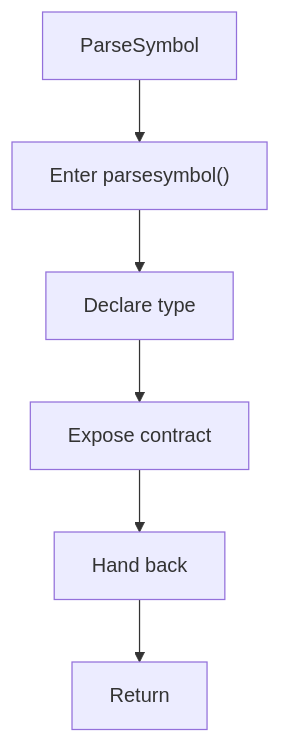
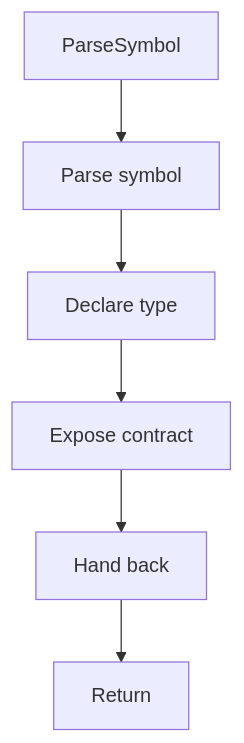
The diagram in docs/Codebase/Microservice/Modules/Header/SyntacticBrokenAST/Analysis/ImplementationUse/Binding/Symbols/Flow/functions/parsesymbol.hpp.md (JohnAndrewBalbarosa/NeoTerritory), drawn with Mermaid before and after one commit. The commit also changed other lines of this file and 925 other files, not shown here.

````diff
--- a/docs/Codebase/Microservice/Modules/Header/SyntacticBrokenAST/Analysis/ImplementationUse/Binding/Symbols/Flow/functions/parsesymbol.hpp.md
+++ b/docs/Codebase/Microservice/Modules/Header/SyntacticBrokenAST/Analysis/ImplementationUse/Binding/Symbols/Flow/functions/parsesymbol.hpp.md
@@ -16,14 +16,14 @@
 ```mermaid
 flowchart TD
     Start["ParseSymbol"]
-    N0["Enter parsesymbol()"]
+    N0["Parse symbol"]
     N1["Declare type"]
     N2["Expose contract"]
     N3["Hand back"]
     End["Return"]
     Start --> N0
     N0 --> N1
     N1 --> N2
     N2 --> N3
     N3 --> End
 ```
````
